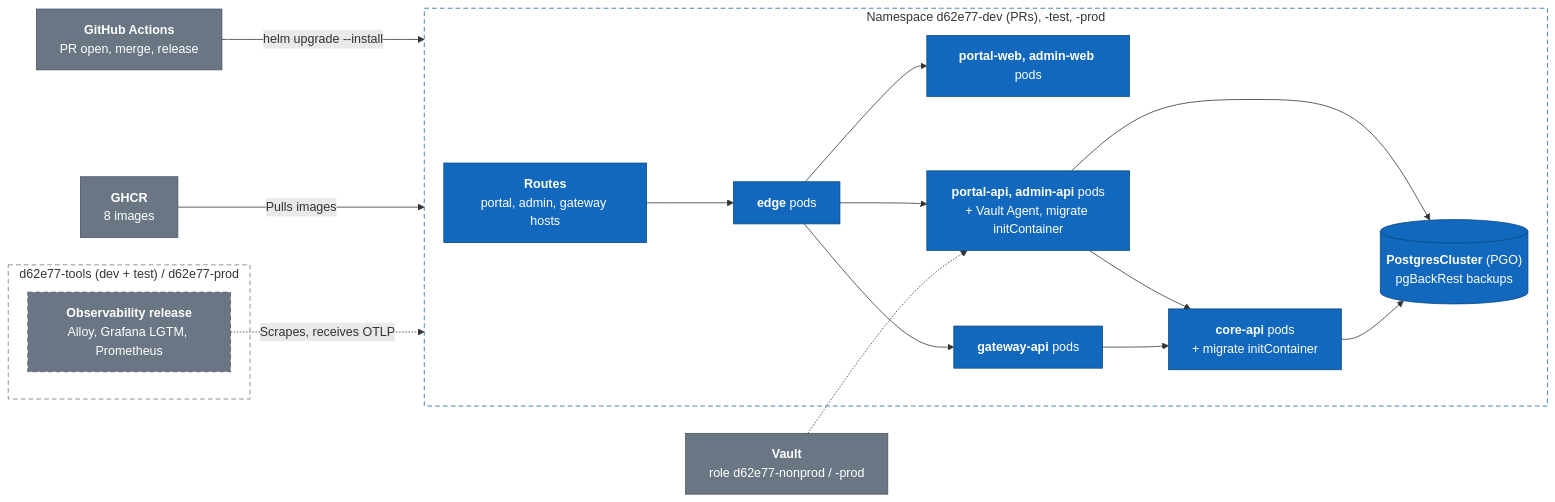
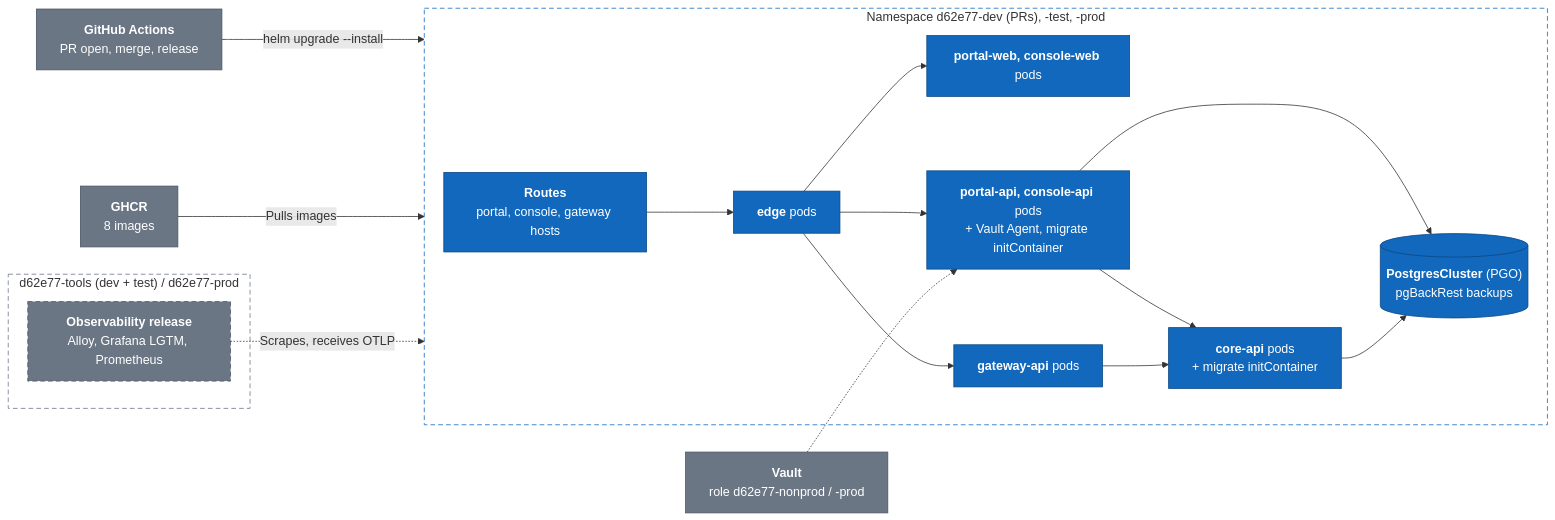
The fifth of 5 diagrams in docs/architecture.md (bcgov/sdg), drawn with Mermaid before and after one commit. The commit also changed other lines of this file and 294 other files, not shown here.

First line of the commit message:
refactor: rename the admin app to the console

````diff
--- a/docs/architecture.md
+++ b/docs/architecture.md
@@ -203,40 +203,40 @@
 ```mermaid
 flowchart LR
   gha["<b>GitHub Actions</b><br/>PR open, merge, release"]:::ext
   ghcr["<b>GHCR</b><br/>8 images"]:::ext
 
   subgraph NS["Namespace d62e77-dev (PRs), -test, -prod"]
-    routes["<b>Routes</b><br/>portal, admin, gateway hosts"]:::internal
+    routes["<b>Routes</b><br/>portal, console, gateway hosts"]:::internal
     edgep["<b>edge</b> pods"]:::internal
-    webs["<b>portal-web, admin-web</b> pods"]:::internal
-    bffp["<b>portal-api, admin-api</b> pods<br/>+ Vault Agent, migrate initContainer"]:::internal
+    webs["<b>portal-web, console-web</b> pods"]:::internal
+    bffp["<b>portal-api, console-api</b> pods<br/>+ Vault Agent, migrate initContainer"]:::internal
     gwp["<b>gateway-api</b> pods"]:::internal
     corep["<b>core-api</b> pods<br/>+ migrate initContainer"]:::internal
     pg[("<b>PostgresCluster</b> (PGO)<br/>pgBackRest backups")]:::internal
   end
 
   subgraph OBS["d62e77-tools (dev + test) / d62e77-prod"]
     alloy["<b>Observability release</b><br/>Alloy, Grafana LGTM, Prometheus"]:::optional
   end
 
   vault["<b>Vault</b><br/>role d62e77-nonprod / -prod"]:::ext
 
   gha -->|"helm upgrade --install"| NS
   ghcr -->|"Pulls images"| NS
   routes --> edgep
   edgep --> webs
   edgep --> bffp
   edgep --> gwp
   bffp --> corep
   gwp --> corep
   bffp --> pg
   corep --> pg
   vault -.-> bffp
   alloy -.->|"Scrapes, receives OTLP"| NS
 
   classDef internal fill:#1168bd,stroke:#0b4884,color:#ffffff
   classDef ext fill:#6b7685,stroke:#4b5563,color:#ffffff
   classDef optional fill:#6b7685,stroke:#4b5563,color:#ffffff,stroke-dasharray:6 4
   style NS fill:none,stroke:#1168bd,stroke-dasharray:6 4
   style OBS fill:none,stroke:#6b7685,stroke-dasharray:6 4
 ```
````
